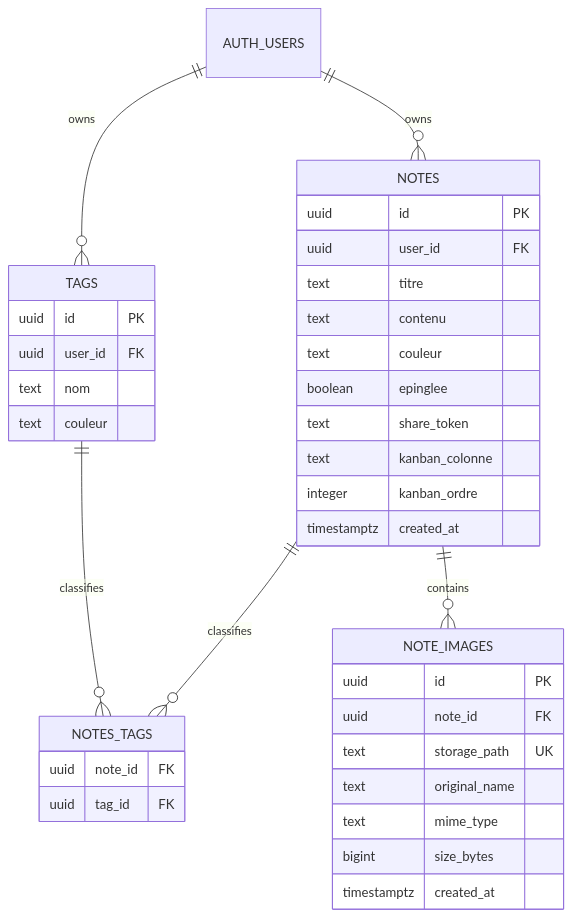
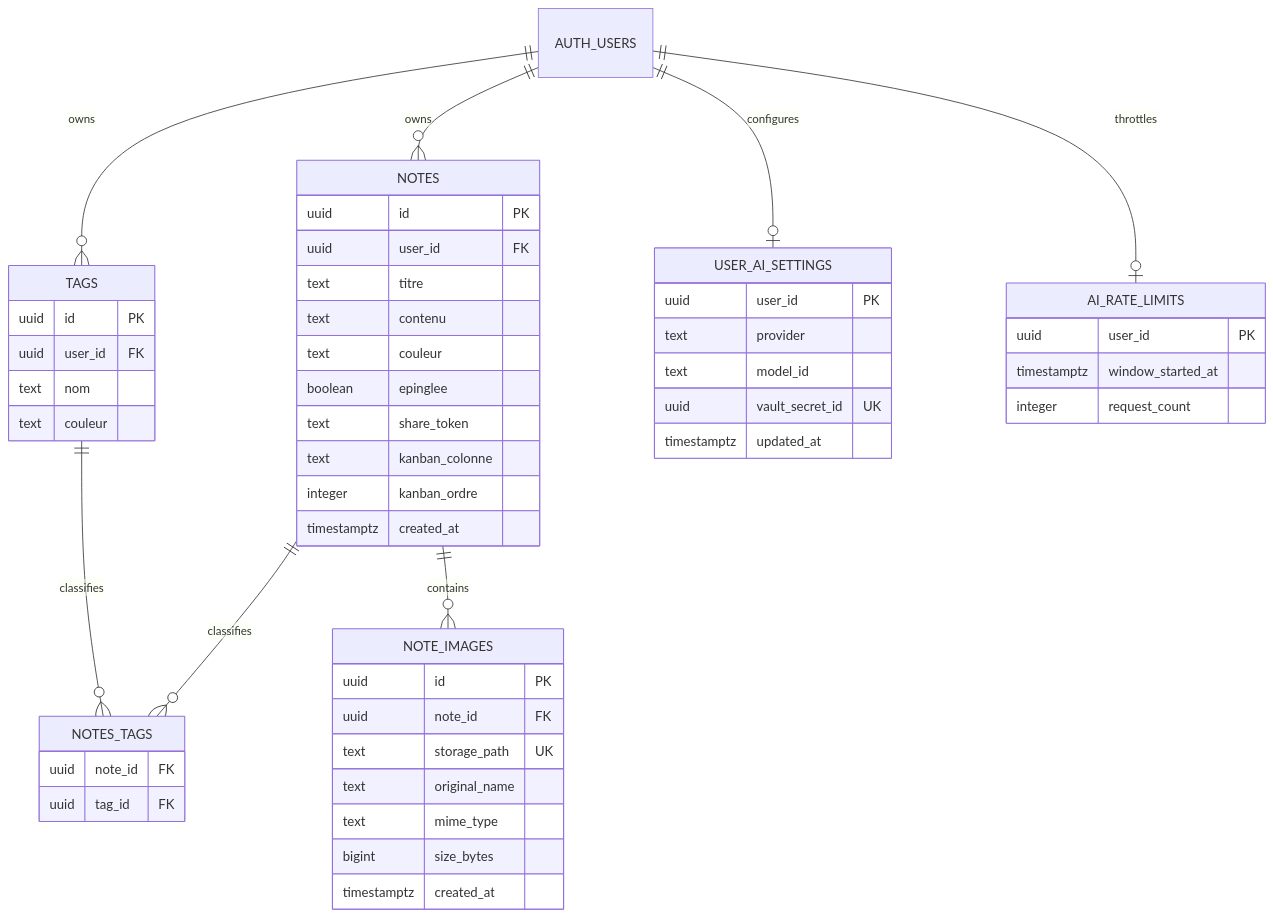
Before and after one commit to freedisk/webjourney: the second of 3 diagrams in docs/ARCHITECTURE.md, drawn with Mermaid. The commit also changed other lines of this file and 36 other files, not shown here.

````diff
--- a/docs/ARCHITECTURE.md
+++ b/docs/ARCHITECTURE.md
@@ -74,40 +85,54 @@
 ```mermaid
 erDiagram
     AUTH_USERS ||--o{ NOTES : owns
     AUTH_USERS ||--o{ TAGS : owns
     NOTES ||--o{ NOTES_TAGS : classifies
     TAGS ||--o{ NOTES_TAGS : classifies
     NOTES ||--o{ NOTE_IMAGES : contains
+    AUTH_USERS ||--o| USER_AI_SETTINGS : configures
+    AUTH_USERS ||--o| AI_RATE_LIMITS : throttles
 
     NOTES {
       uuid id PK
       uuid user_id FK
       text titre
       text contenu
       text couleur
       boolean epinglee
       text share_token
       text kanban_colonne
       integer kanban_ordre
       timestamptz created_at
     }
     TAGS {
       uuid id PK
       uuid user_id FK
       text nom
       text couleur
     }
     NOTES_TAGS {
       uuid note_id FK
       uuid tag_id FK
     }
     NOTE_IMAGES {
       uuid id PK
       uuid note_id FK
       text storage_path UK
       text original_name
       text mime_type
       bigint size_bytes
       timestamptz created_at
     }
+    USER_AI_SETTINGS {
+      uuid user_id PK
+      text provider
+      text model_id
+      uuid vault_secret_id UK
+      timestamptz updated_at
+    }
+    AI_RATE_LIMITS {
+      uuid user_id PK
+      timestamptz window_started_at
+      integer request_count
+    }
 ```
````
